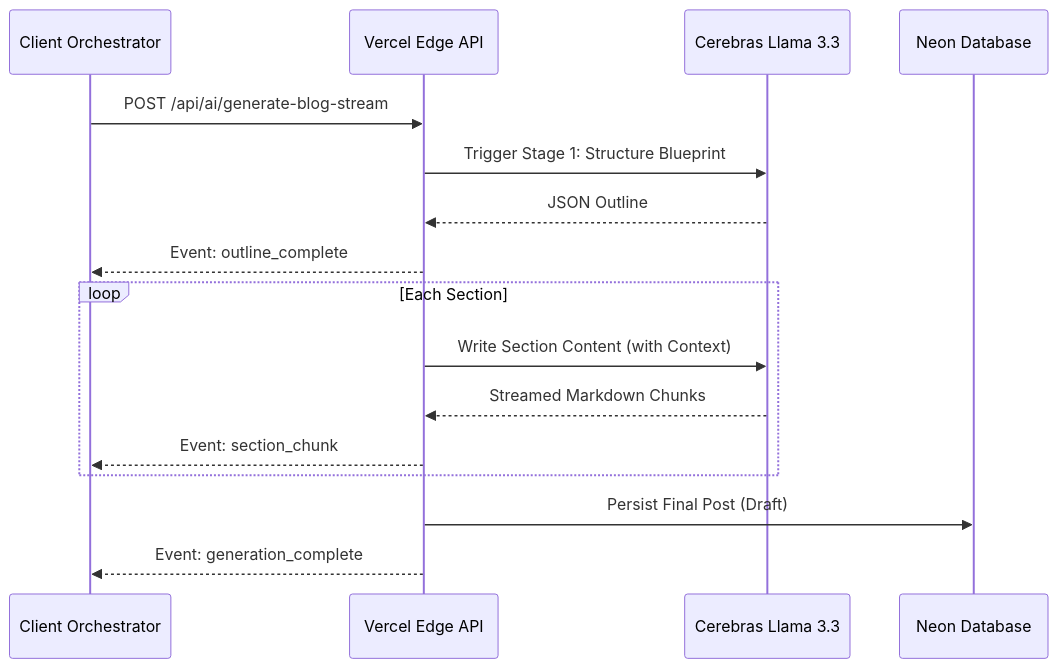
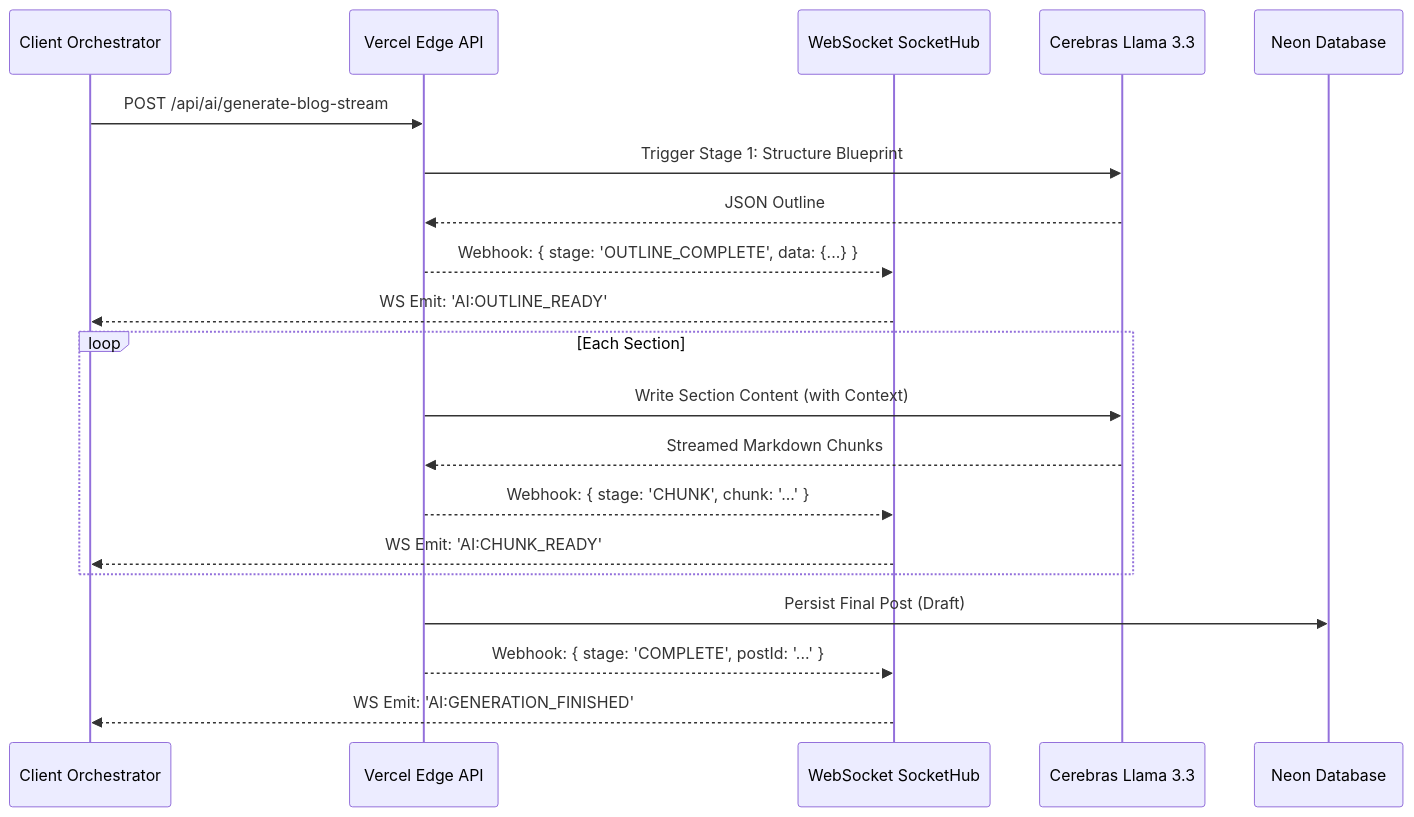
One commit to steeltroops-ai/my-portfolio-steeltroops changed the diagram in docs/AI_SYSTEM_DESIGN.md. Above: the diagram before and after it, drawn with Mermaid. The commit also changed other lines of this file and 62 other files, not shown here.

````diff
--- a/docs/AI_SYSTEM_DESIGN.md
+++ b/docs/AI_SYSTEM_DESIGN.md
@@ -47,21 +47,25 @@
 ```mermaid
 sequenceDiagram
     participant UI as Client Orchestrator
     participant API as Vercel Edge API
+    participant Hub as WebSocket SocketHub
     participant AI as Cerebras Llama 3.3
     participant DB as Neon Database
 
     UI->>API: POST /api/ai/generate-blog-stream
     API->>AI: Trigger Stage 1: Structure Blueprint
     AI-->>API: JSON Outline
-    API-->>UI: Event: outline_complete
+    API-->>Hub: Webhook: { stage: 'OUTLINE_COMPLETE', data: {...} }
+    Hub-->>UI: WS Emit: 'AI:OUTLINE_READY'
 
     loop Each Section
         API->>AI: Write Section Content (with Context)
         AI-->>API: Streamed Markdown Chunks
-        API-->>UI: Event: section_chunk
+        API-->>Hub: Webhook: { stage: 'CHUNK', chunk: '...' }
+        Hub-->>UI: WS Emit: 'AI:CHUNK_READY'
     end
 
     API->>DB: Persist Final Post (Draft)
-    API-->>UI: Event: generation_complete
+    API-->>Hub: Webhook: { stage: 'COMPLETE', postId: '...' }
+    Hub-->>UI: WS Emit: 'AI:GENERATION_FINISHED'
 ```
````
